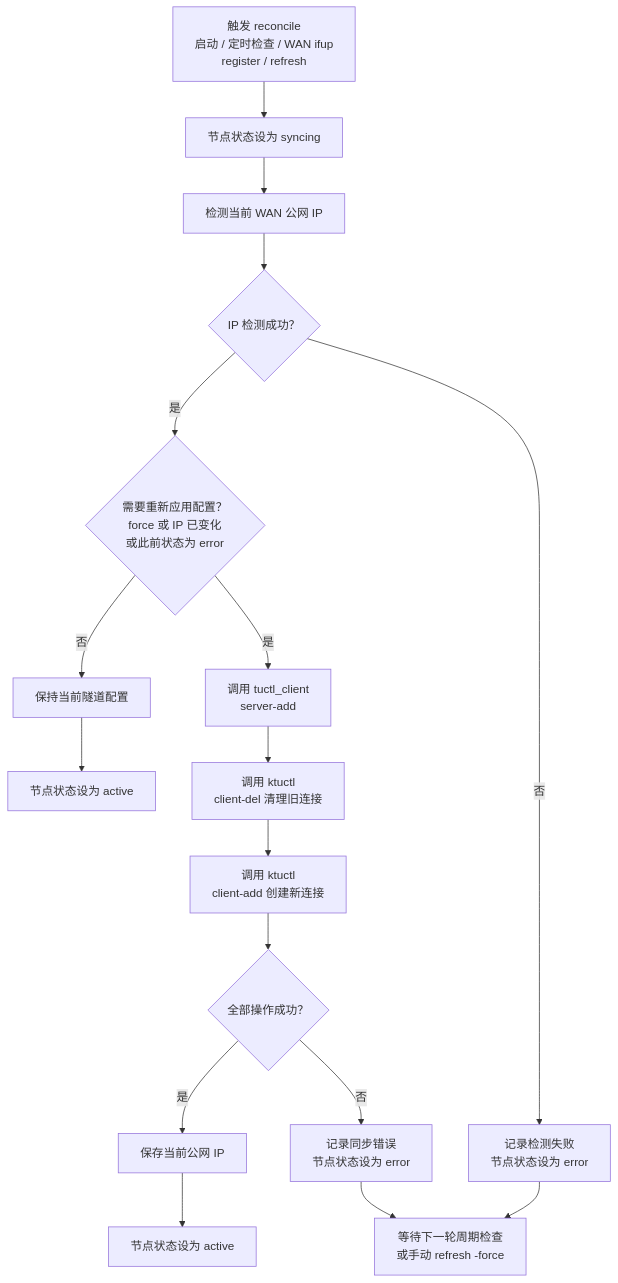
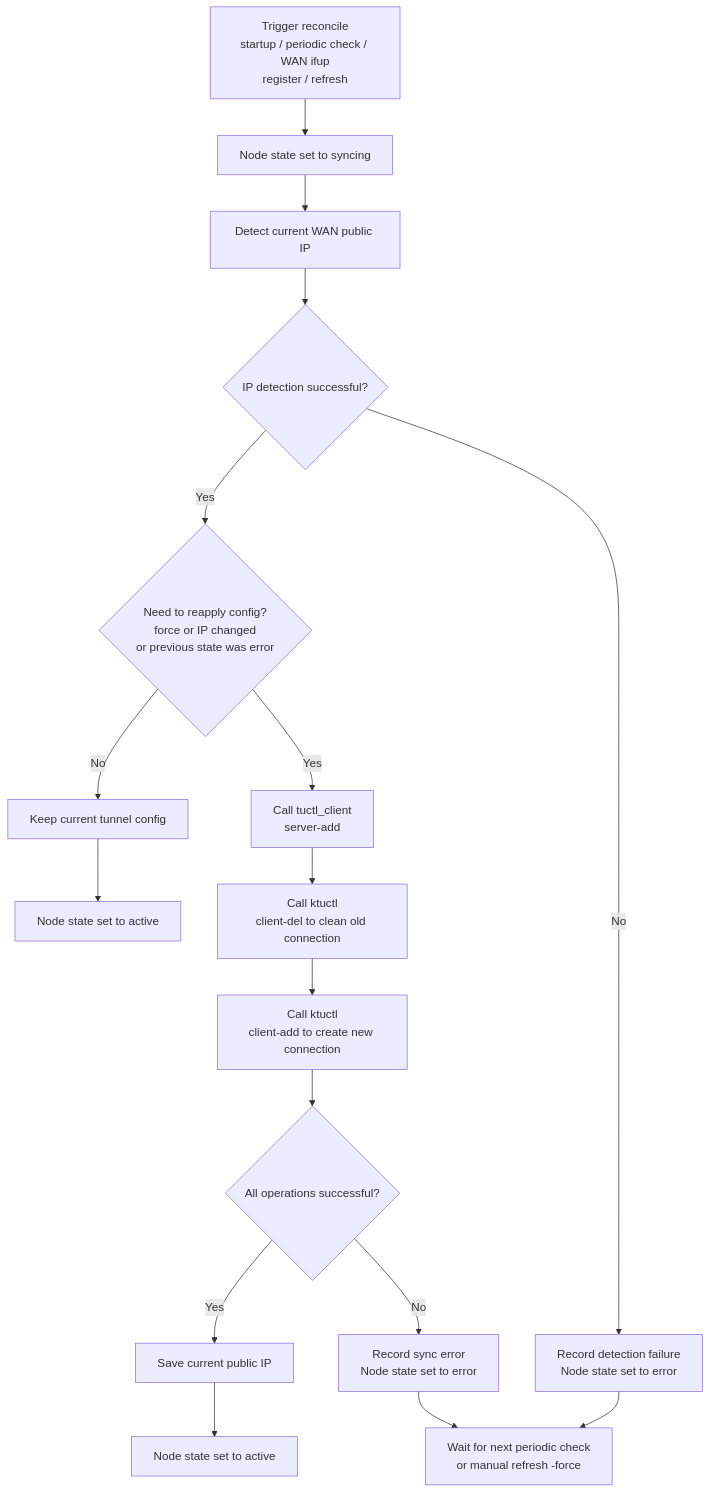
The second of 6 diagrams in README.md (hrimfaxi/tumgrd), drawn with Mermaid before and after one commit. The commit also changed other lines of this file and 1 other file, not shown here.

````diff
--- a/README.md
+++ b/README.md
@@ -89,28 +91,28 @@
 ```mermaid
 flowchart TD
-    START["触发 reconcile<br/>启动 / 定时检查 / WAN ifup<br/>register / refresh"] --> SYNC["节点状态设为 syncing"]
+    START["Trigger reconcile<br/>startup / periodic check / WAN ifup<br/>register / refresh"] --> SYNC["Node state set to syncing"]
 
-    SYNC --> CHECK["检测当前 WAN 公网 IP"]
-    CHECK --> DETECT{"IP 检测成功？"}
+    SYNC --> CHECK["Detect current WAN public IP"]
+    CHECK --> DETECT{"IP detection successful?"}
 
-    DETECT -- 否 --> ERROR1["记录检测失败<br/>节点状态设为 error"]
+    DETECT -- No --> ERROR1["Record detection failure<br/>Node state set to error"]
 
-    DETECT -- 是 --> DECIDE{"需要重新应用配置？<br/>force 或 IP 已变化<br/>或此前状态为 error"}
+    DETECT -- Yes --> DECIDE{"Need to reapply config?<br/>force or IP changed<br/>or previous state was error"}
 
-    DECIDE -- 否 --> KEEP["保持当前隧道配置"]
-    KEEP --> ACTIVE1["节点状态设为 active"]
+    DECIDE -- No --> KEEP["Keep current tunnel config"]
+    KEEP --> ACTIVE1["Node state set to active"]
 
-    DECIDE -- 是 --> SERVER["调用 tuctl_client<br/>server-add"]
-    SERVER --> LOCAL_DEL["调用 ktuctl<br/>client-del 清理旧连接"]
-    LOCAL_DEL --> LOCAL_ADD["调用 ktuctl<br/>client-add 创建新连接"]
+    DECIDE -- Yes --> SERVER["Call tuctl_client<br/>server-add"]
+    SERVER --> LOCAL_DEL["Call ktuctl<br/>client-del to clean old connection"]
+    LOCAL_DEL --> LOCAL_ADD["Call ktuctl<br/>client-add to create new connection"]
 
-    LOCAL_ADD --> RESULT{"全部操作成功？"}
+    LOCAL_ADD --> RESULT{"All operations successful?"}
 
-    RESULT -- 是 --> SAVE["保存当前公网 IP"]
-    SAVE --> ACTIVE2["节点状态设为 active"]
+    RESULT -- Yes --> SAVE["Save current public IP"]
+    SAVE --> ACTIVE2["Node state set to active"]
 
-    RESULT -- 否 --> ERROR2["记录同步错误<br/>节点状态设为 error"]
+    RESULT -- No --> ERROR2["Record sync error<br/>Node state set to error"]
 
-    ERROR1 --> RETRY["等待下一轮周期检查<br/>或手动 refresh -force"]
+    ERROR1 --> RETRY["Wait for next periodic check<br/>or manual refresh -force"]
     ERROR2 --> RETRY
 ```
````
